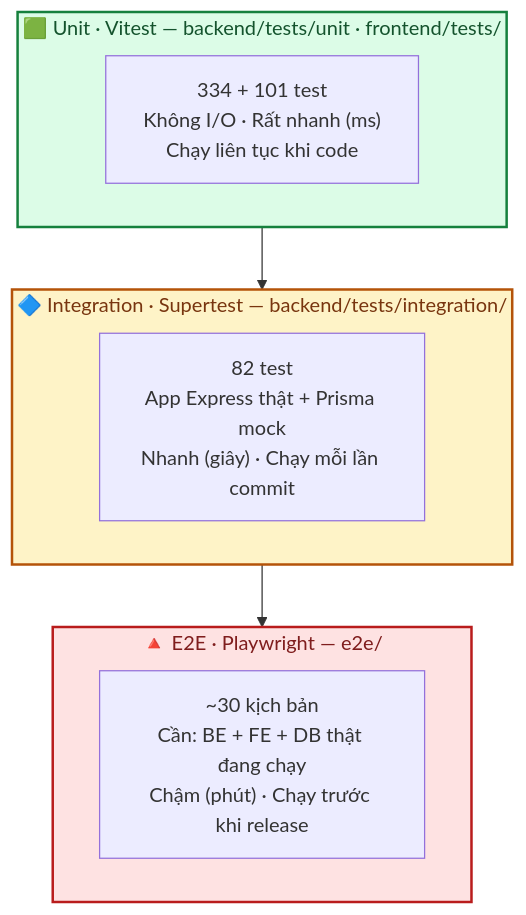
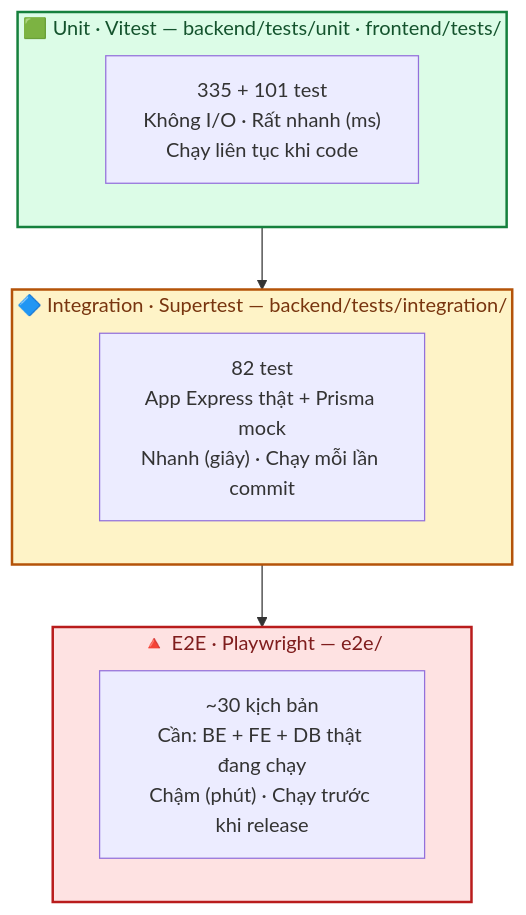
One commit to Hungvu0712/FLOWER changed the first of 3 diagrams in docs/08-kiem-thu.md. Above: the diagram before and after it, drawn with Mermaid. The commit also changed other lines of this file and 40 other files, not shown here.

````diff
--- a/docs/08-kiem-thu.md
+++ b/docs/08-kiem-thu.md
@@ -12,18 +12,18 @@
 ```mermaid
 flowchart TD
     subgraph E2E["🔺 E2E · Playwright — e2e/"]
         E["~30 kịch bản<br/>Cần: BE + FE + DB thật đang chạy<br/>Chậm (phút) · Chạy trước khi release"]
     end
     subgraph INT["🔷 Integration · Supertest — backend/tests/integration/"]
         I["82 test<br/>App Express thật + Prisma mock<br/>Nhanh (giây) · Chạy mỗi lần commit"]
     end
     subgraph UNIT["🟩 Unit · Vitest — backend/tests/unit · frontend/tests/"]
-        U["334 + 101 test<br/>Không I/O · Rất nhanh (ms)<br/>Chạy liên tục khi code"]
+        U["335 + 101 test<br/>Không I/O · Rất nhanh (ms)<br/>Chạy liên tục khi code"]
     end
 
     UNIT --> INT --> E2E
 
     style E2E fill:#fee2e2,stroke:#b91c1c,stroke-width:2px,color:#7f1d1d
     style INT fill:#fef3c7,stroke:#b45309,stroke-width:2px,color:#78350f
     style UNIT fill:#dcfce7,stroke:#15803d,stroke-width:2px,color:#14532d
 ```
````
